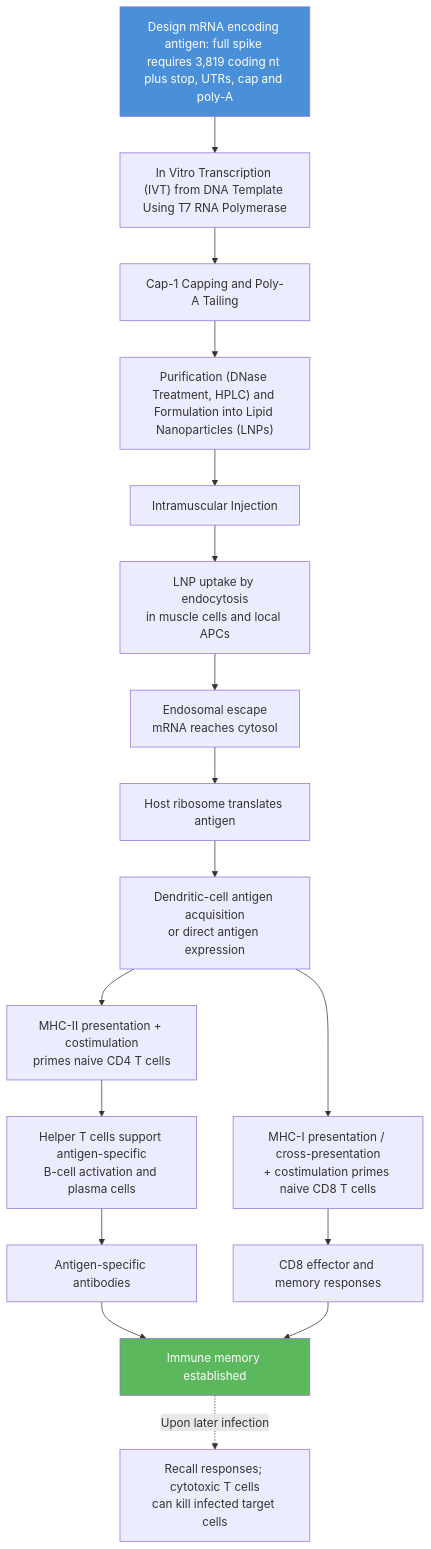
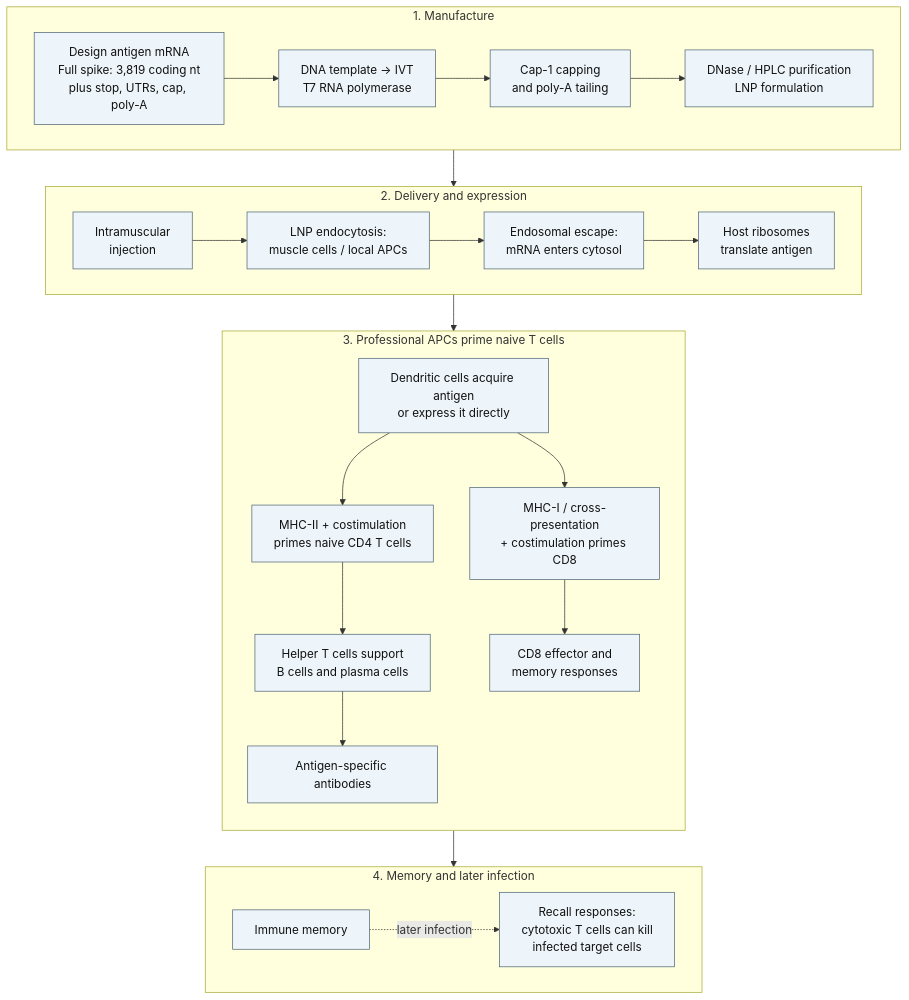
The second of 4 diagrams in docs/manuscript/unit_IV/dna_replication_and_cell_cycle.md (docxology/biology_textbook), drawn with Mermaid before and after one commit. The commit also changed other lines of this file and 41 other files, not shown here.

````diff
--- a/docs/manuscript/unit_IV/dna_replication_and_cell_cycle.md
+++ b/docs/manuscript/unit_IV/dna_replication_and_cell_cycle.md
@@ -184,21 +195,30 @@
 ```mermaid
-flowchart TD
-    A["Design mRNA encoding antigen: full spike requires 3,819 coding nt plus stop, UTRs, cap and poly-A"] --> B["In Vitro Transcription (IVT) from DNA Template Using T7 RNA Polymerase"]
-    B --> C["Cap-1 Capping and Poly-A Tailing"]
-    C --> D["Purification (DNase Treatment, HPLC) and Formulation into Lipid Nanoparticles (LNPs)"]
-    D --> E["Intramuscular Injection"]
-    E --> F["LNP uptake by endocytosis<br/>in muscle cells and local APCs"]
-    F --> Escape["Endosomal escape<br/>mRNA reaches cytosol"]
-    Escape --> G["Host ribosome translates antigen"]
-    G --> DC["Dendritic-cell antigen acquisition<br/>or direct antigen expression"]
-    DC --> H["MHC-II presentation + costimulation<br/>primes naive CD4 T cells"]
-    H --> I["Helper T cells support antigen-specific<br/>B-cell activation and plasma cells"]
-    I --> J["Antigen-specific antibodies"]
-    DC --> K["MHC-I presentation / cross-presentation<br/>+ costimulation primes naive CD8 T cells"]
-    K --> L["CD8 effector and memory responses"]
-    J --> M["Immune memory established"]
-    L --> M
-    M -.->|"Upon later infection"| Eff["Recall responses; cytotoxic T cells<br/>can kill infected target cells"]
-    style A fill:#4a90d9,color:#fff
-    style M fill:#5cb85c,color:#fff
+---
+config:
+  layout: dagre
+---
+flowchart TB
+    subgraph manufacture["1. Manufacture"]
+        direction LR
+        A["Design antigen mRNA<br/>Full spike: 3,819 coding nt<br/>plus stop, UTRs, cap, poly-A"] --> B["DNA template → IVT<br/>T7 RNA polymerase"]
+        B --> C["Cap-1 capping<br/>and poly-A tailing"] --> D["DNase / HPLC purification<br/>LNP formulation"]
+    end
+    subgraph delivery["2. Delivery and expression"]
+        direction LR
+        E["Intramuscular<br/>injection"] --> F["LNP endocytosis:<br/>muscle cells / local APCs"]
+        F --> Escape["Endosomal escape:<br/>mRNA enters cytosol"] --> G["Host ribosomes<br/>translate antigen"]
+    end
+    subgraph priming["3. Professional APCs prime naive T cells"]
+        direction TB
+        DC["Dendritic cells acquire antigen<br/>or express it directly"] --> H["MHC-II + costimulation<br/>primes naive CD4 T cells"]
+        H --> I["Helper T cells support<br/>B cells and plasma cells"] --> J["Antigen-specific antibodies"]
+        DC --> K["MHC-I / cross-presentation<br/>+ costimulation primes CD8"] --> L["CD8 effector and<br/>memory responses"]
+    end
+    subgraph recall["4. Memory and later infection"]
+        direction LR
+        M["Immune memory"] -.->|later infection| Eff["Recall responses:<br/>cytotoxic T cells can kill<br/>infected target cells"]
+    end
+    manufacture --> delivery --> priming --> recall
+    classDef ink fill:#eef5fa,stroke:#526777,color:#111111
+    class A,B,C,D,E,F,Escape,G,DC,H,I,J,K,L,M,Eff ink
 ```
````
